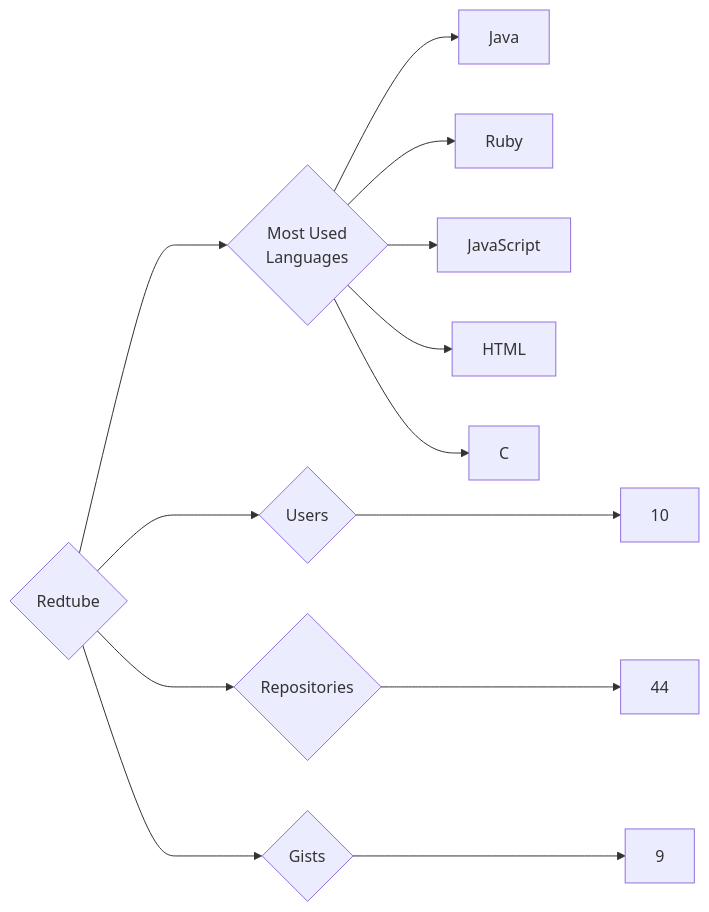
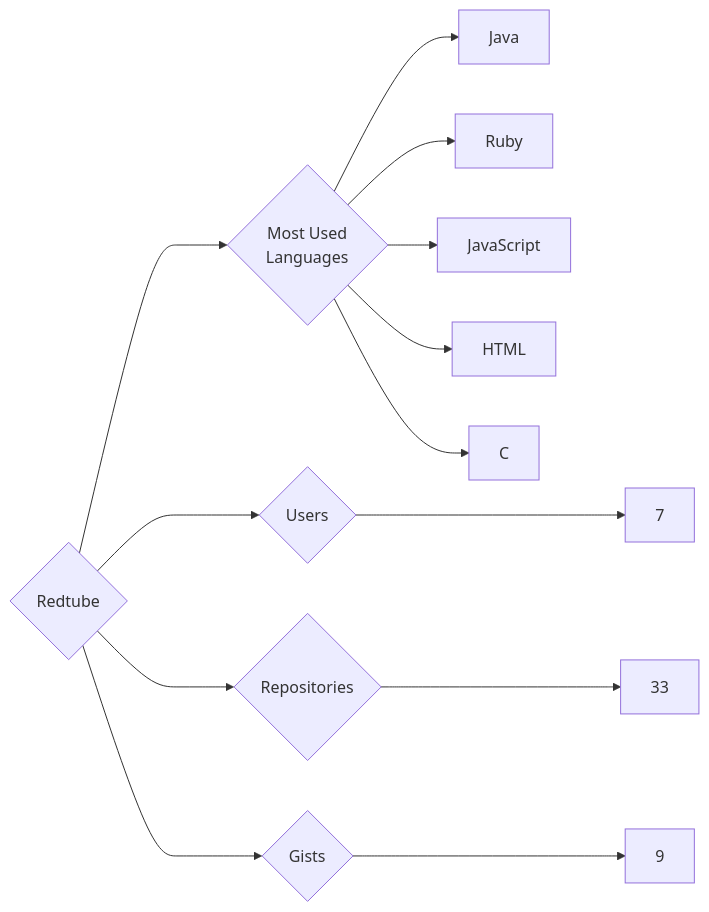
The diagram in targets/Redtube/README.md (trickest/insiders), drawn with Mermaid before and after one commit. The commit also changed 965 other files, not shown here.

````diff
--- a/targets/Redtube/README.md
+++ b/targets/Redtube/README.md
@@ -3,13 +3,13 @@
 ```mermaid
 graph LR
 COMPANY_NAME{Redtube}
-COMPANY_NAME ---> U{Users} ---> UN[10]
-COMPANY_NAME ---> R{Repositories} ---> RN[44]
+COMPANY_NAME ---> U{Users} ---> UN[7]
+COMPANY_NAME ---> R{Repositories} ---> RN[33]
 COMPANY_NAME ---> G{Gists} ---> GN[9]
 COMPANY_NAME ---> ML{Most Used<br>Languages}
 ML --> Java[Java]
 ML --> Ruby[Ruby]
 ML --> JavaScript[JavaScript]
 ML --> HTML[HTML]
 ML --> C[C]
 ```
````
